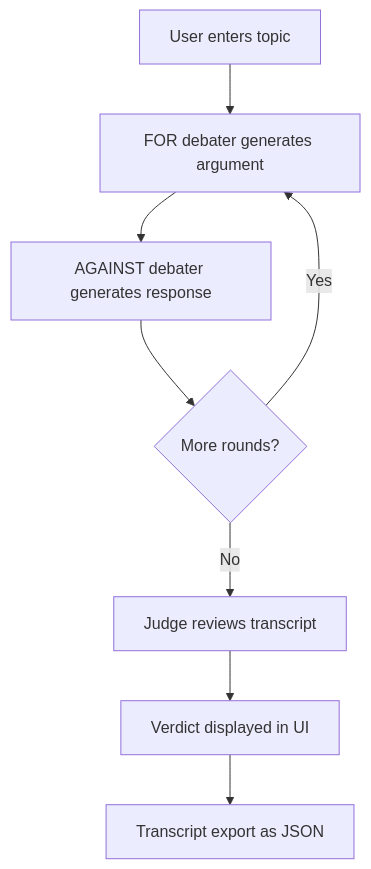
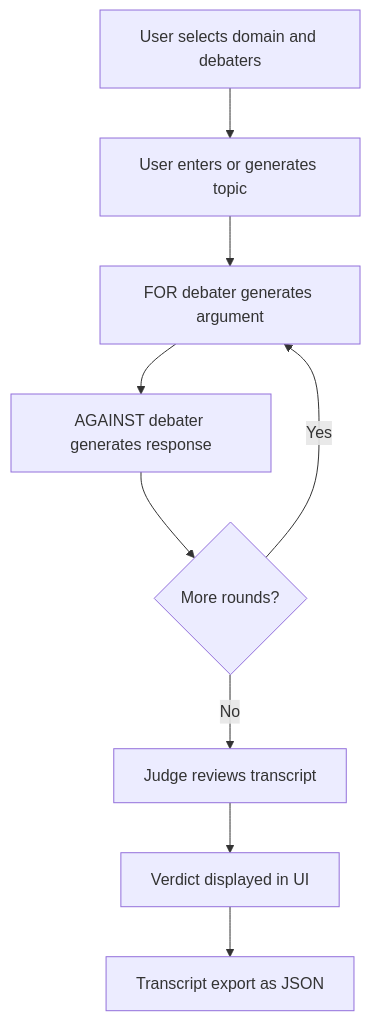
Before and after one commit to rajatthai/multi-agent-debate-engine: the diagram in README.md, drawn with Mermaid. The commit also changed other lines of this file, not shown here.

First line of the commit message:
Enhance README with domain-specific features and updated application flow

````diff
--- a/README.md
+++ b/README.md
@@ -48,10 +45,11 @@
 ```mermaid
 flowchart TD
-    A[User enters topic] --> B[FOR debater generates argument]
+    A[User selects domain and debaters] --> B0[User enters or generates topic]
+    B0 --> B[FOR debater generates argument]
     B --> C[AGAINST debater generates response]
     C --> D{More rounds?}
     D -- Yes --> B
     D -- No --> E[Judge reviews transcript]
     E --> F[Verdict displayed in UI]
     F --> G[Transcript export as JSON]
 ```
````
